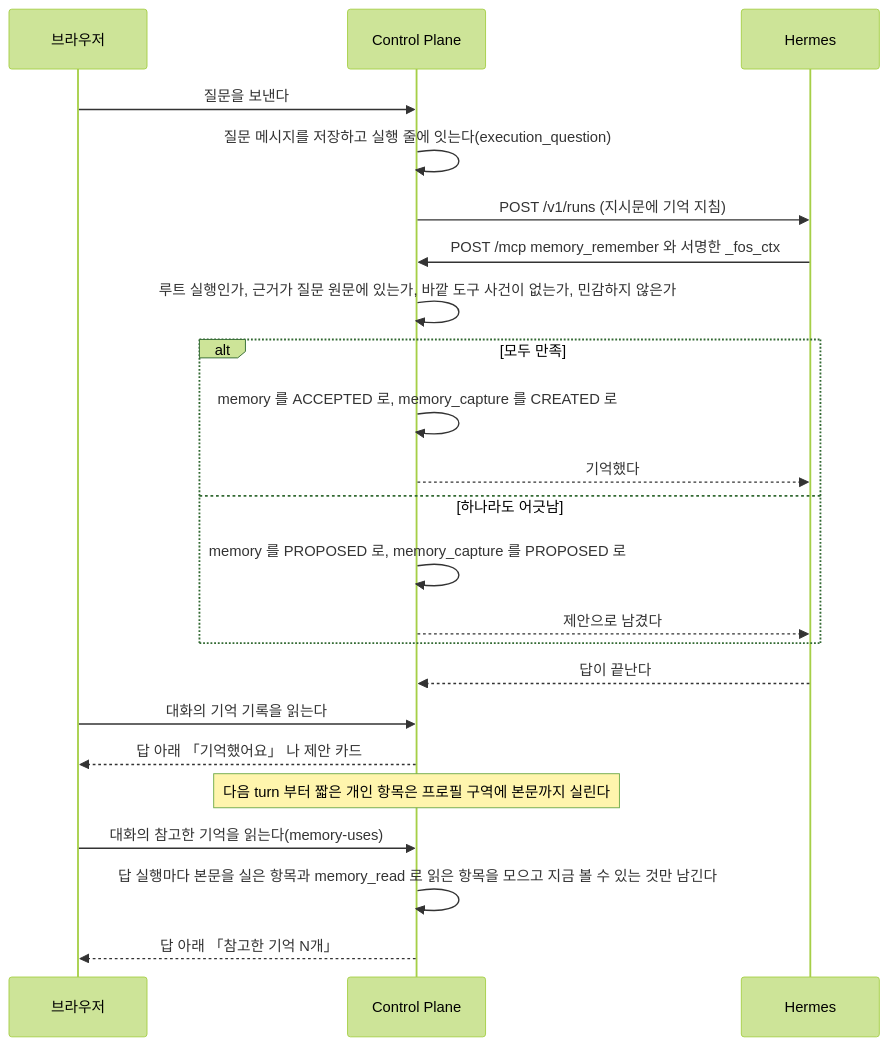
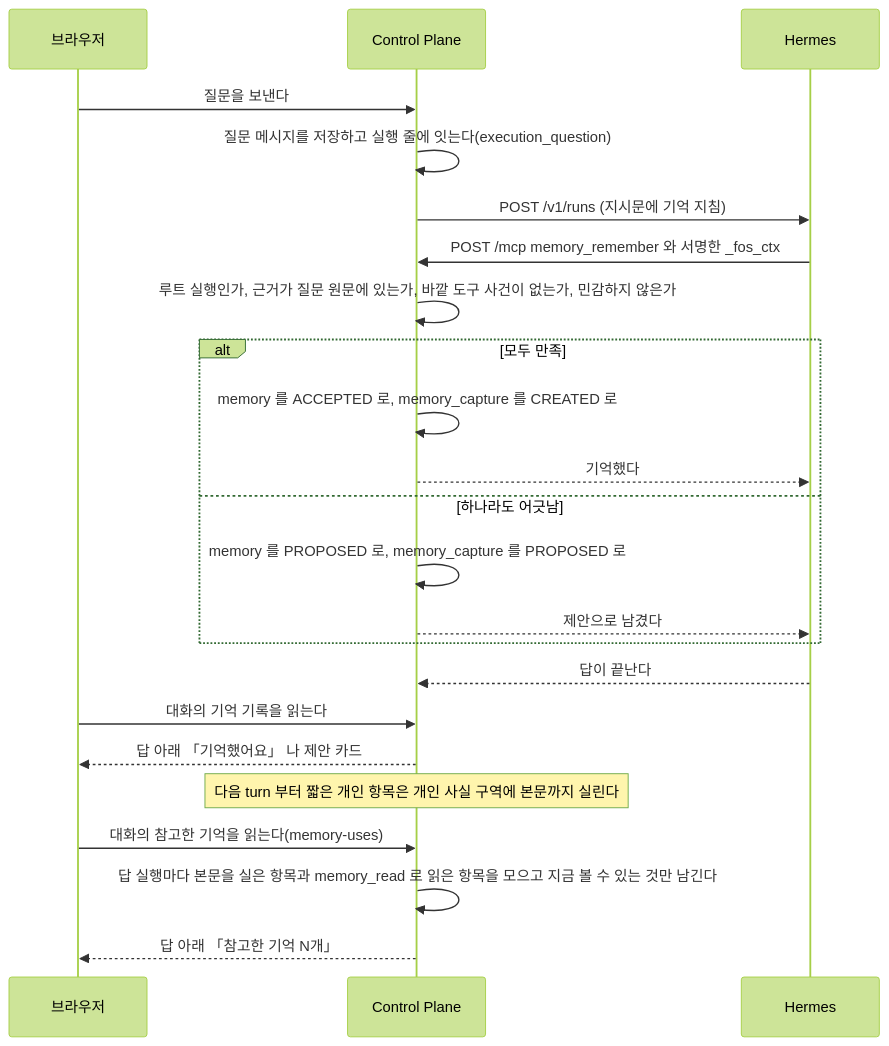
The seventh of 8 diagrams in docs/flow.md (jon890/fos-assistant), drawn with Mermaid (forest theme) before and after one commit. The commit also changed 10 other files, not shown here.

````diff
--- a/docs/flow.md
+++ b/docs/flow.md
@@ -357,26 +357,26 @@
 ```mermaid
 sequenceDiagram
     participant B as 브라우저
     participant C as Control Plane
     participant H as Hermes
 
     B->>C: 질문을 보낸다
     C->>C: 질문 메시지를 저장하고 실행 줄에 잇는다(execution_question)
     C->>H: POST /v1/runs (지시문에 기억 지침)
     H->>C: POST /mcp memory_remember 와 서명한 _fos_ctx
     C->>C: 루트 실행인가, 근거가 질문 원문에 있는가, 바깥 도구 사건이 없는가, 민감하지 않은가
     alt 모두 만족
         C->>C: memory 를 ACCEPTED 로, memory_capture 를 CREATED 로
         C-->>H: 기억했다
     else 하나라도 어긋남
         C->>C: memory 를 PROPOSED 로, memory_capture 를 PROPOSED 로
         C-->>H: 제안으로 남겼다
     end
     H-->>C: 답이 끝난다
     B->>C: 대화의 기억 기록을 읽는다
     C-->>B: 답 아래 「기억했어요」 나 제안 카드
-    Note over C: 다음 turn 부터 짧은 개인 항목은 프로필 구역에 본문까지 실린다
+    Note over C: 다음 turn 부터 짧은 개인 항목은 개인 사실 구역에 본문까지 실린다
     B->>C: 대화의 참고한 기억을 읽는다(memory-uses)
     C->>C: 답 실행마다 본문을 실은 항목과 memory_read 로 읽은 항목을 모으고 지금 볼 수 있는 것만 남긴다
     C-->>B: 답 아래 「참고한 기억 N개」
 ```
````
